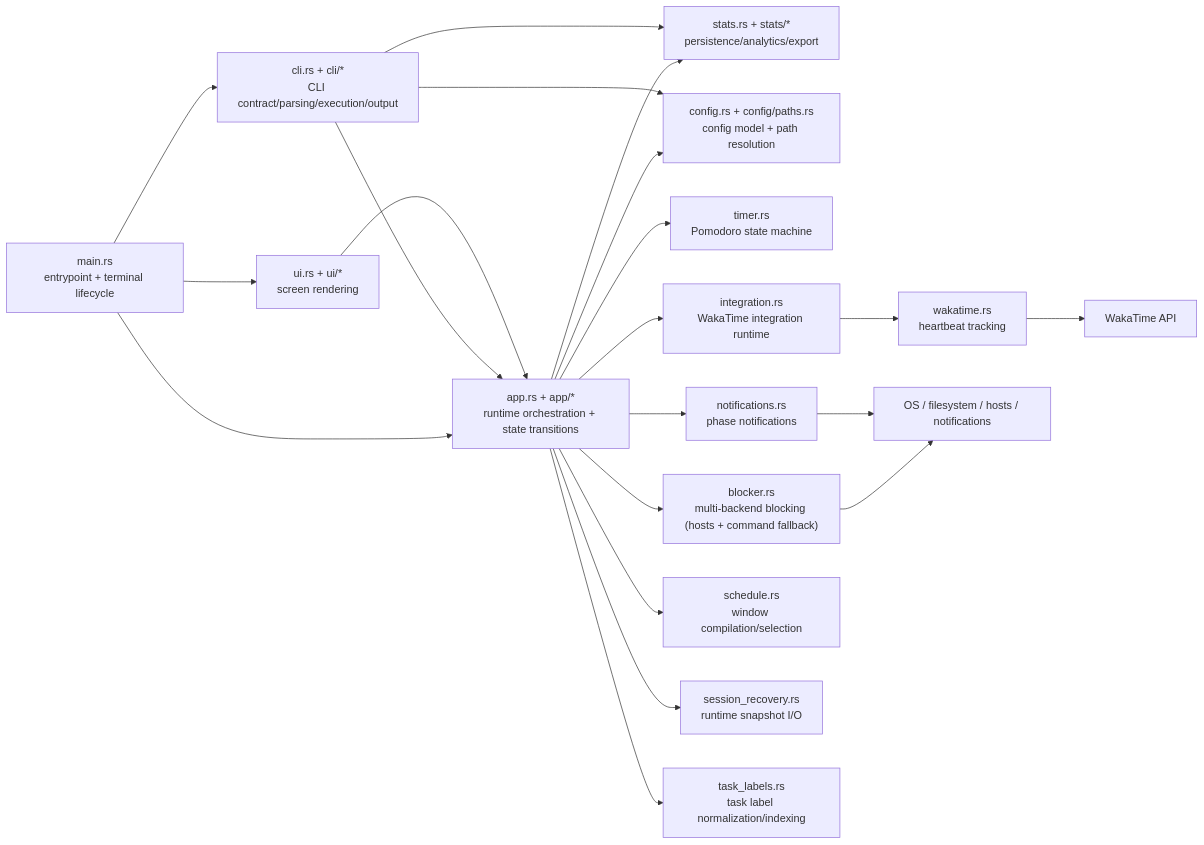
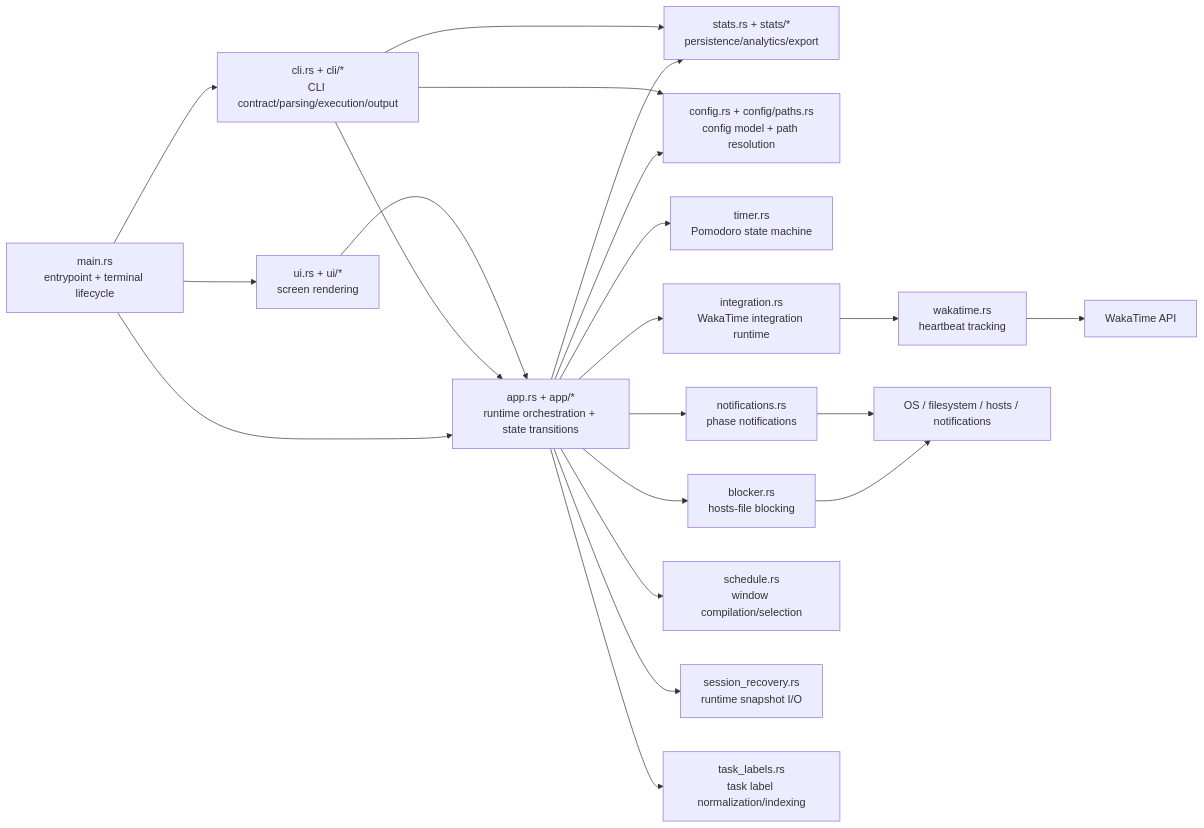
One commit to utilForever/focustime changed the first of 2 diagrams in ARCHITECTURE.md. Above: the diagram before and after it, drawn with Mermaid. The commit also changed other lines of this file and 3 other files, not shown here.

Commit message:
docs: document hosts-only blocking backend

````diff
--- a/ARCHITECTURE.md
+++ b/ARCHITECTURE.md
@@ -10,40 +10,40 @@
 ```mermaid
 flowchart LR
     M["main.rs<br/>entrypoint + terminal lifecycle"]
     CLI["cli.rs + cli/*<br/>CLI contract/parsing/execution/output"]
     APP["app.rs + app/*<br/>runtime orchestration + state transitions"]
     UI["ui.rs + ui/*<br/>screen rendering"]
     ST["stats.rs + stats/*<br/>persistence/analytics/export"]
     CFG["config.rs + config/paths.rs<br/>config model + path resolution"]
     TM["timer.rs<br/>Pomodoro state machine"]
-    BL["blocker.rs<br/>multi-backend blocking (hosts + command fallback)"]
+    BL["blocker.rs<br/>hosts-file blocking"]
     IG["integration.rs<br/>WakaTime integration runtime"]
     WK["wakatime.rs<br/>heartbeat tracking"]
     NT["notifications.rs<br/>phase notifications"]
     SCH["schedule.rs<br/>window compilation/selection"]
     REC["session_recovery.rs<br/>runtime snapshot I/O"]
     TL["task_labels.rs<br/>task label normalization/indexing"]
     OS["OS / filesystem / hosts / notifications"]
     API["WakaTime API"]
 
     M --> CLI
     M --> APP
     M --> UI
     APP --> CFG
     APP --> TM
     APP --> BL
     APP --> IG
     IG --> WK
     APP --> NT
     APP --> SCH
     APP --> ST
     APP --> TL
     APP --> REC
     CLI --> APP
     CLI --> CFG
     CLI --> ST
     UI --> APP
     BL --> OS
     NT --> OS
     WK --> API
 ```
````
